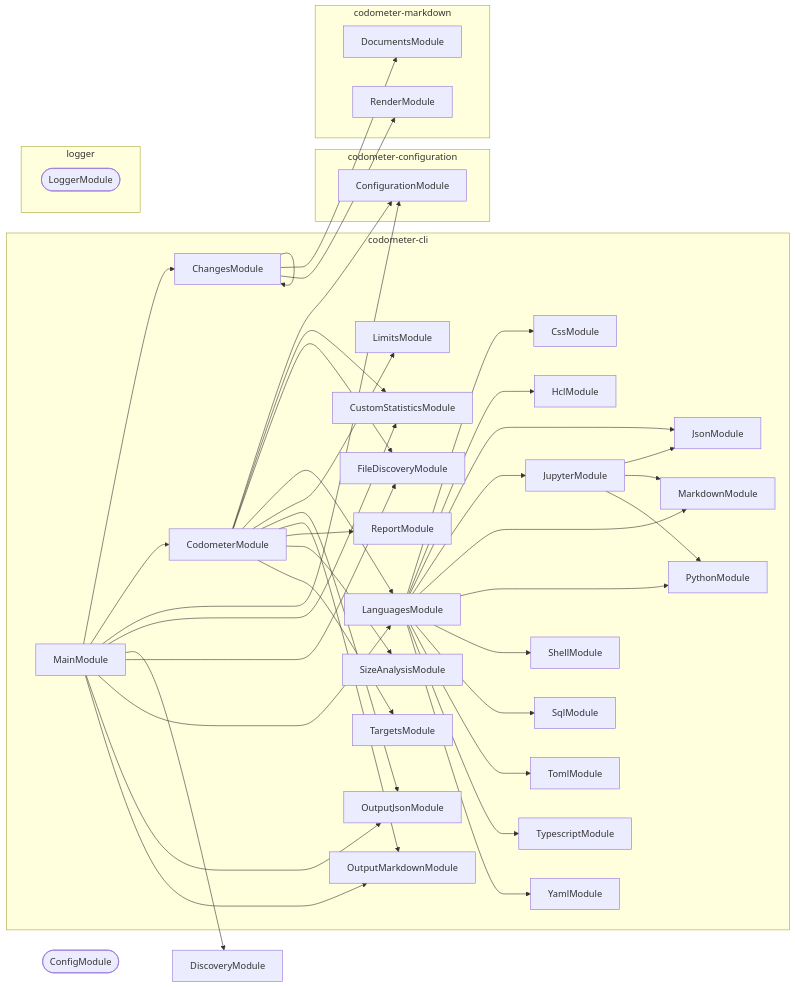
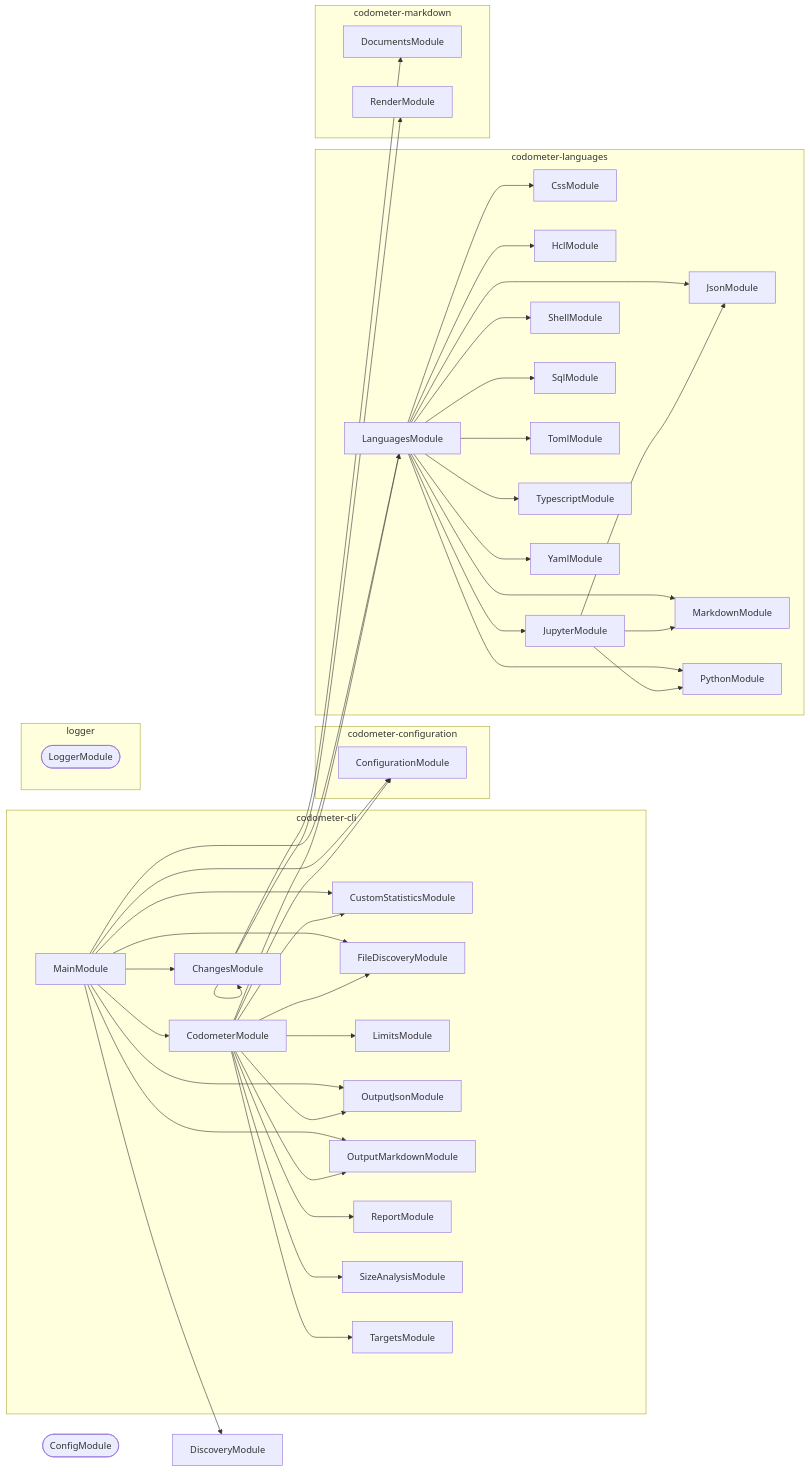
Before and after one commit to JimmyPaolini/codebase: the second of 2 diagrams in packages/codometer-cli/README.md, drawn with Mermaid. The commit also changed other lines of this file and 111 other files, not shown here.

Commit message:
feat(codometer): ✨ extract codometer-languages package

````diff
--- a/packages/codometer-cli/README.md
+++ b/packages/codometer-cli/README.md
@@ -454,76 +456,78 @@
 ```mermaid
 flowchart LR
   subgraph group0["codometer-cli"]
     ChangesModule
     CodometerModule
-    CssModule
     CustomStatisticsModule
     FileDiscoveryModule
+    LimitsModule
+    MainModule
+    OutputJsonModule
+    OutputMarkdownModule
+    ReportModule
+    SizeAnalysisModule
+    TargetsModule
+  end
+  subgraph group1["codometer-configuration"]
+    ConfigurationModule
+  end
+  subgraph group2["codometer-languages"]
+    CssModule
     HclModule
     JsonModule
     JupyterModule
     LanguagesModule
-    LimitsModule
-    MainModule
     MarkdownModule
-    OutputJsonModule
-    OutputMarkdownModule
     PythonModule
-    ReportModule
     ShellModule
-    SizeAnalysisModule
     SqlModule
-    TargetsModule
     TomlModule
     TypescriptModule
     YamlModule
   end
-  subgraph group1["codometer-configuration"]
-    ConfigurationModule
-  end
-  subgraph group2["codometer-markdown"]
+  subgraph group3["codometer-markdown"]
     DocumentsModule
     RenderModule
   end
-  subgraph group3["logger"]
+  subgraph group4["logger"]
     LoggerModule([LoggerModule])
   end
   ConfigModule([ConfigModule])
   DiscoveryModule
   ChangesModule --> ChangesModule
   ChangesModule --> DocumentsModule
   ChangesModule --> RenderModule
   CodometerModule --> ConfigurationModule
   CodometerModule --> CustomStatisticsModule
   CodometerModule --> FileDiscoveryModule
   CodometerModule --> LanguagesModule
   CodometerModule --> LimitsModule
   CodometerModule --> OutputJsonModule
   CodometerModule --> OutputMarkdownModule
   CodometerModule --> ReportModule
   CodometerModule --> SizeAnalysisModule
   CodometerModule --> TargetsModule
   JupyterModule --> JsonModule
   JupyterModule --> MarkdownModule
   JupyterModule --> PythonModule
   LanguagesModule --> CssModule
   LanguagesModule --> HclModule
   LanguagesModule --> JsonModule
   LanguagesModule --> JupyterModule
   LanguagesModule --> MarkdownModule
   LanguagesModule --> PythonModule
   LanguagesModule --> ShellModule
   LanguagesModule --> SqlModule
   LanguagesModule --> TomlModule
   LanguagesModule --> TypescriptModule
   LanguagesModule --> YamlModule
   MainModule --> ChangesModule
   MainModule --> CodometerModule
   MainModule --> ConfigurationModule
   MainModule --> CustomStatisticsModule
   MainModule --> DiscoveryModule
   MainModule --> FileDiscoveryModule
   MainModule --> LanguagesModule
   MainModule --> OutputJsonModule
   MainModule --> OutputMarkdownModule
 ```
````
